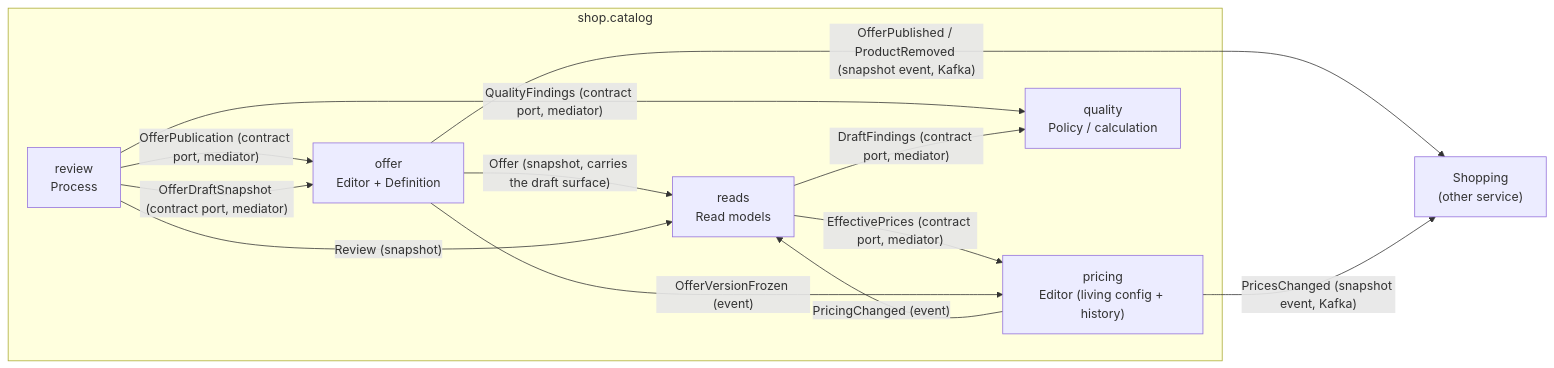
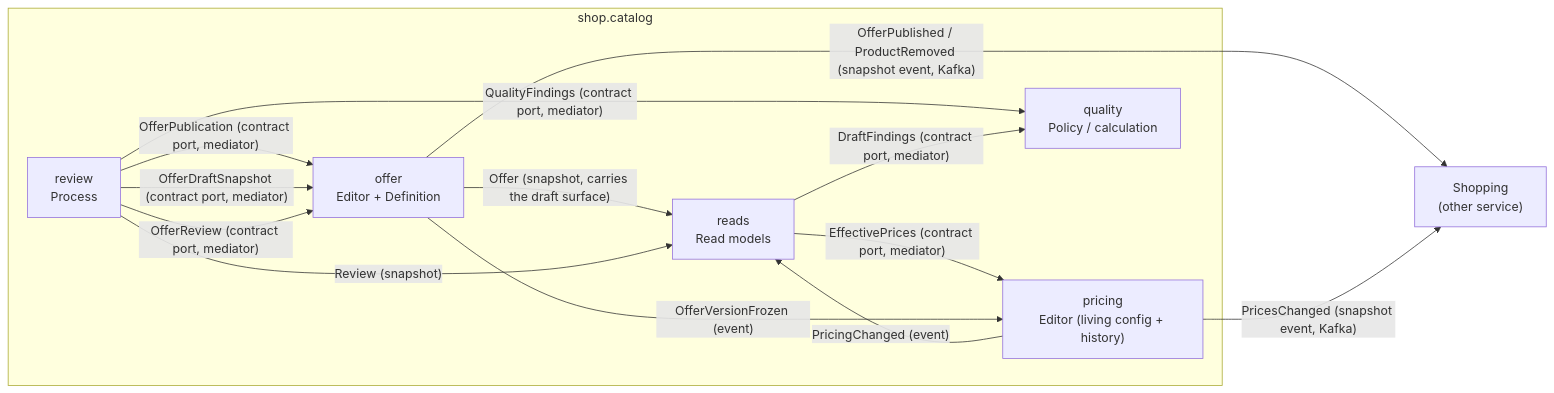
The diagram in docs/specs/catalog/17-contexts-inside.md (michal-michaluk/ecommerce-eval), drawn with Mermaid before and after one commit. The commit also changed other lines of this file and 18 other files, not shown here.

First line of the commit message:
feat(catalog): the review asks the offer, and request bodies are strict (D18/D49)

````diff
--- a/docs/specs/catalog/17-contexts-inside.md
+++ b/docs/specs/catalog/17-contexts-inside.md
@@ -10,23 +10,24 @@
 ```mermaid
 flowchart LR
   subgraph catalog["shop.catalog"]
     offer["offer<br/>Editor + Definition"]
     pricing["pricing<br/>Editor (living config + history)"]
     review["review<br/>Process"]
     quality["quality<br/>Policy / calculation"]
     reads["reads<br/>Read models"]
   end
   shopping["Shopping<br/>(other service)"]
 
   offer -- "Offer (snapshot, carries the draft surface)" --> reads
   review -- "Review (snapshot)" --> reads
   pricing -- "PricingChanged (event)" --> reads
   review -- "QualityFindings (contract port, mediator)" --> quality
   reads -- "DraftFindings (contract port, mediator)" --> quality
   reads -- "EffectivePrices (contract port, mediator)" --> pricing
   review -- "OfferPublication (contract port, mediator)" --> offer
   review -- "OfferDraftSnapshot (contract port, mediator)" --> offer
+  review -- "OfferReview (contract port, mediator)" --> offer
   offer -- "OfferVersionFrozen (event)" --> pricing
   offer -- "OfferPublished / ProductRemoved (snapshot event, Kafka)" --> shopping
   pricing -- "PricesChanged (snapshot event, Kafka)" --> shopping
 ```
````
